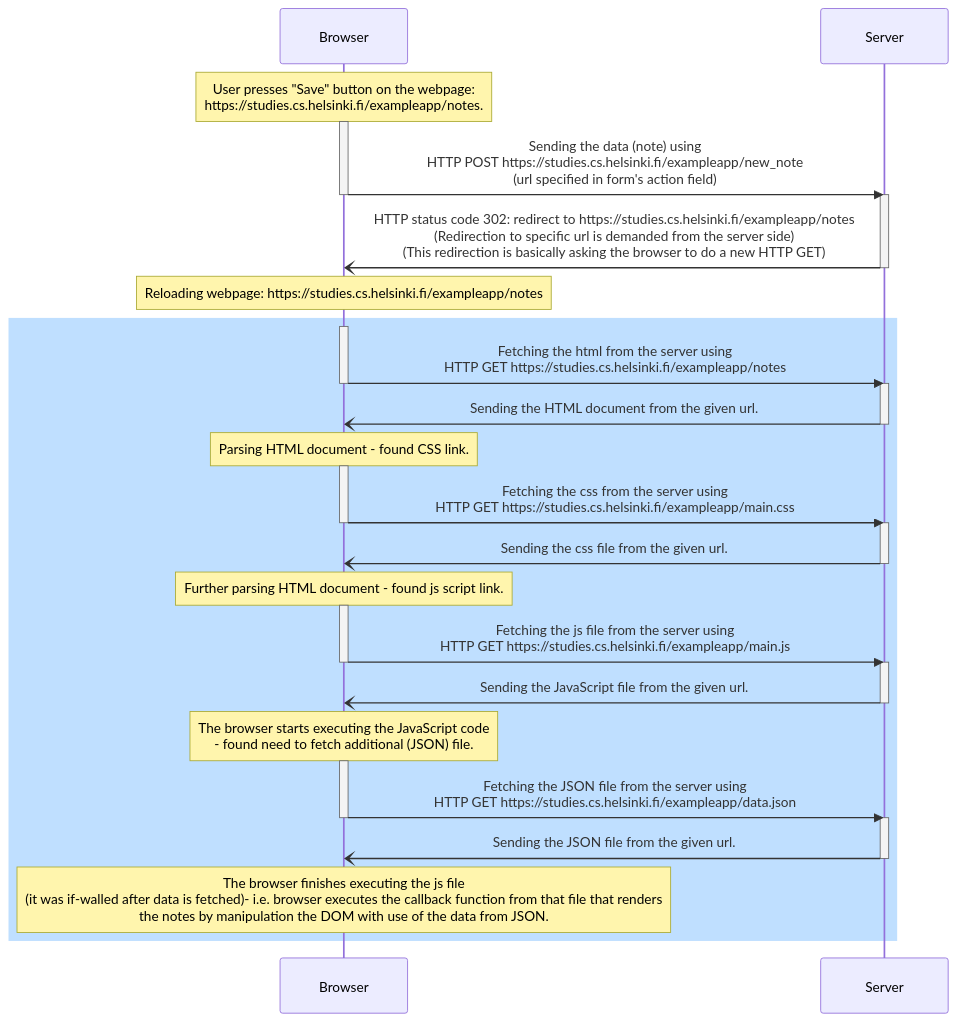
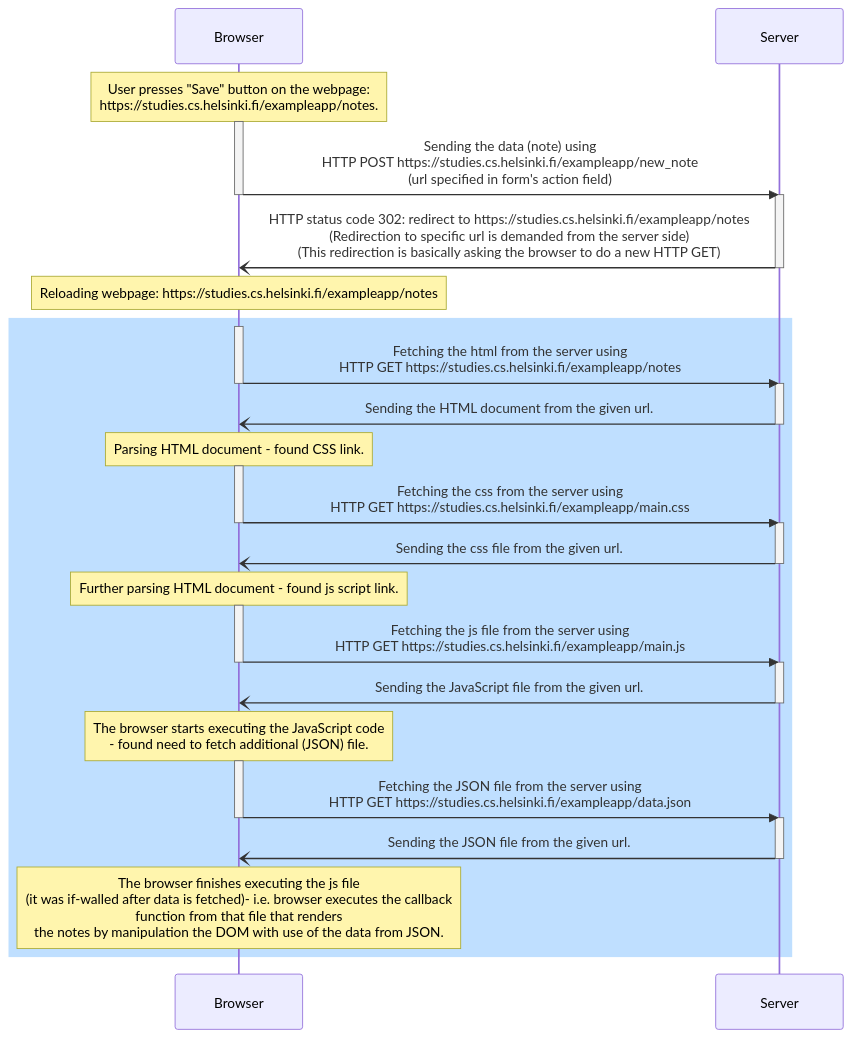
The diagram in part0/excercise0-4.md (szmaragdynia/FullstackLearning), drawn with Mermaid before and after one commit.

Commit message:
finishing touches

````diff
--- a/part0/excercise0-4.md
+++ b/part0/excercise0-4.md
@@ -1,60 +1,60 @@
 ```mermaid
 
 
 
 sequenceDiagram
     participant b as Browser
     participant s as Server
     
         Note over b: User presses "Save" button on the webpage:<br/>https://studies.cs.helsinki.fi/exampleapp/notes.
     
 
     activate b
         b->>s: Sending the data (note) using <br/> HTTP POST https://studies.cs.helsinki.fi/exampleapp/new_note <br/> (url specified in form's action field) 
     deactivate b
     activate s
         s-)b: HTTP status code 302: redirect to https://studies.cs.helsinki.fi/exampleapp/notes <br/> (Redirection to specific url is demanded from the server side) <br/> (This redirection is basically asking the browser to do a new HTTP GET)
     deactivate s
 
         Note over b: Reloading webpage: https://studies.cs.helsinki.fi/exampleapp/notes
     
     rect rgb(191, 223, 255)    
 
         activate b
             b->>s: Fetching the html from the server using <br/> HTTP GET https://studies.cs.helsinki.fi/exampleapp/notes
         deactivate b
         activate s
             s-)b: Sending the HTML document from the given url.
         deactivate s
 
             Note over b: Parsing HTML document - found CSS link.
 
         activate b
             b->>s: Fetching the css from the server using <br/> HTTP GET https://studies.cs.helsinki.fi/exampleapp/main.css
         deactivate b
         activate s
             s-)b: Sending the css file from the given url.
         deactivate s
 
             Note over b: Further parsing HTML document - found js script link.
         
         activate b
             b->>s: Fetching the js file from the server using <br/> HTTP GET https://studies.cs.helsinki.fi/exampleapp/main.js
         deactivate b
         activate s
             s-)b: Sending the JavaScript file from the given url.
         deactivate s
 
             Note over b: The browser starts executing the JavaScript code <br/>- found need to fetch additional (JSON) file.
         
         activate b
             b->>s:Fetching the JSON file from the server using <br/> HTTP GET https://studies.cs.helsinki.fi/exampleapp/data.json
         deactivate b
         activate s
             s-)b: Sending the JSON file from the given url.
         deactivate s
 
-            Note over b: The browser finishes executing the js file <br/> (it was if-walled after data is fetched)- i.e. browser executes the callback function from that file that renders <br/> the notes by manipulation the DOM with use of the data from JSON.
+            Note over b: The browser finishes executing the js file <br/> (it was if-walled after data is fetched)- i.e. browser executes the callback<br/> function from that file that renders <br/> the notes by manipulation the DOM with use of the data from JSON.
     end
     
 ```
````
